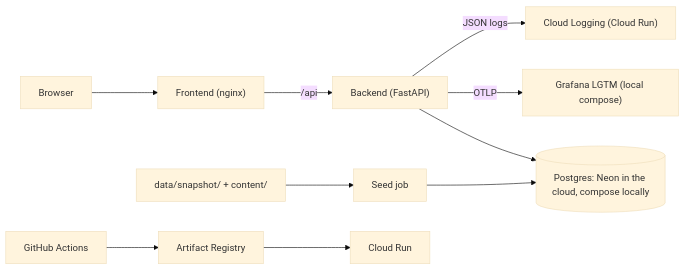
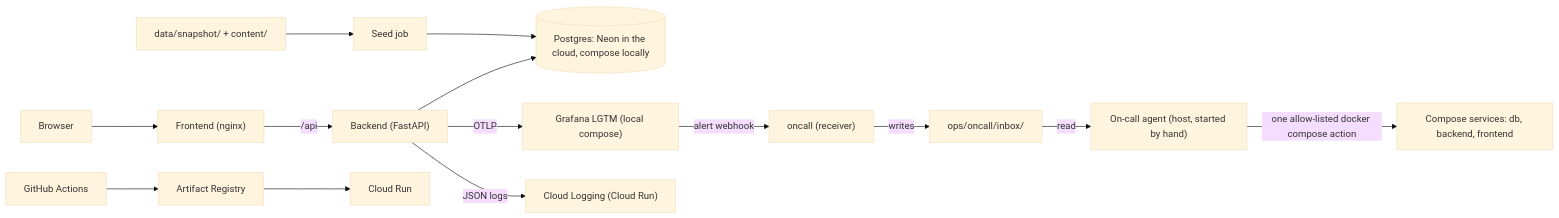
The diagram in README.md (Sanjomwa/clio-findings-explorer), drawn with Mermaid (base theme) before and after one commit. The commit also changed other lines of this file and 1 other file, not shown here.

First line of the commit message:
docs: README gaps against the README guide (CLIO, architecture, quickstart, evaluation rerun, future work)

````diff
--- a/README.md
+++ b/README.md
@@ -156,11 +160,15 @@
 ```mermaid
 flowchart LR
   Browser --> Nginx["Frontend (nginx)"]
   Nginx -->|/api| API["Backend (FastAPI)"]
   API --> DB[("Postgres: Neon in the cloud, compose locally")]
   Seed["Seed job"] --> DB
   Snap["data/snapshot/ + content/"] --> Seed
   GH["GitHub Actions"] --> AR["Artifact Registry"] --> Run["Cloud Run"]
   API -->|OTLP| LGTM["Grafana LGTM (local compose)"]
   API -->|JSON logs| CL["Cloud Logging (Cloud Run)"]
+  LGTM -->|"alert webhook"| OC["oncall (receiver)"]
+  OC -->|writes| Inbox["ops/oncall/inbox/"]
+  Inbox -->|read| Agent["On-call agent (host, started by hand)"]
+  Agent -->|"one allow-listed docker compose action"| Run2["Compose services: db, backend, frontend"]
 ```
````
